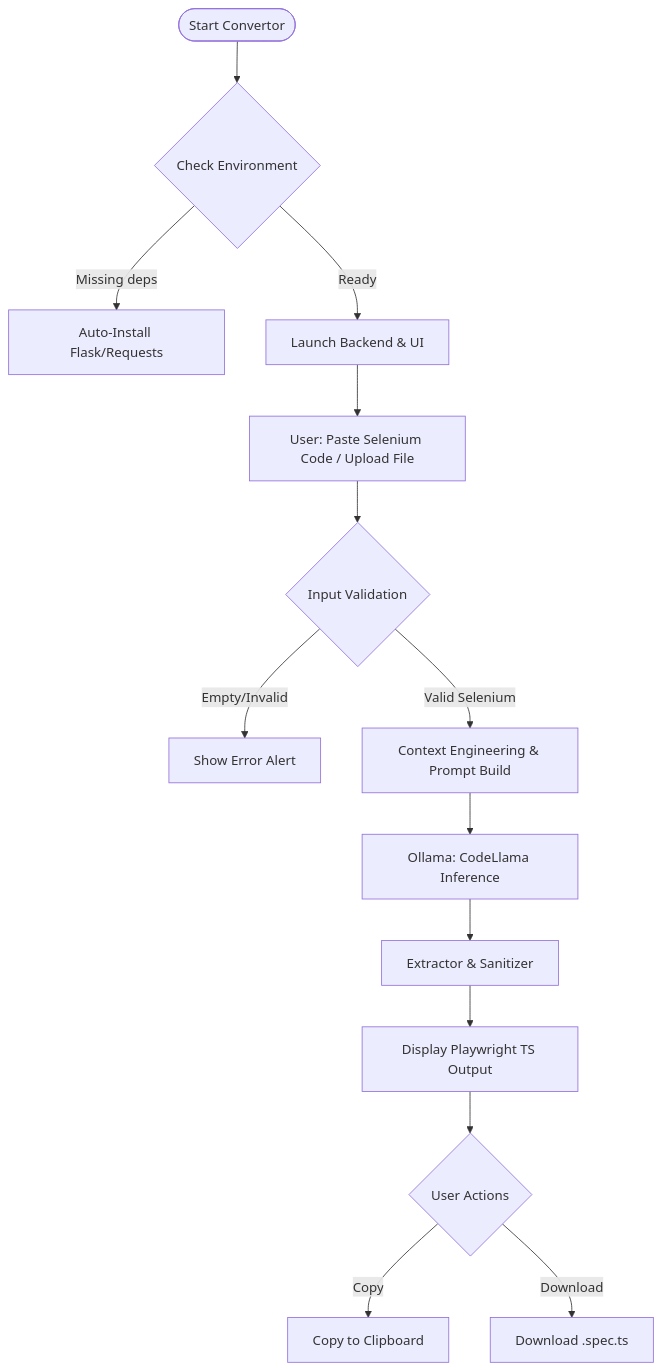
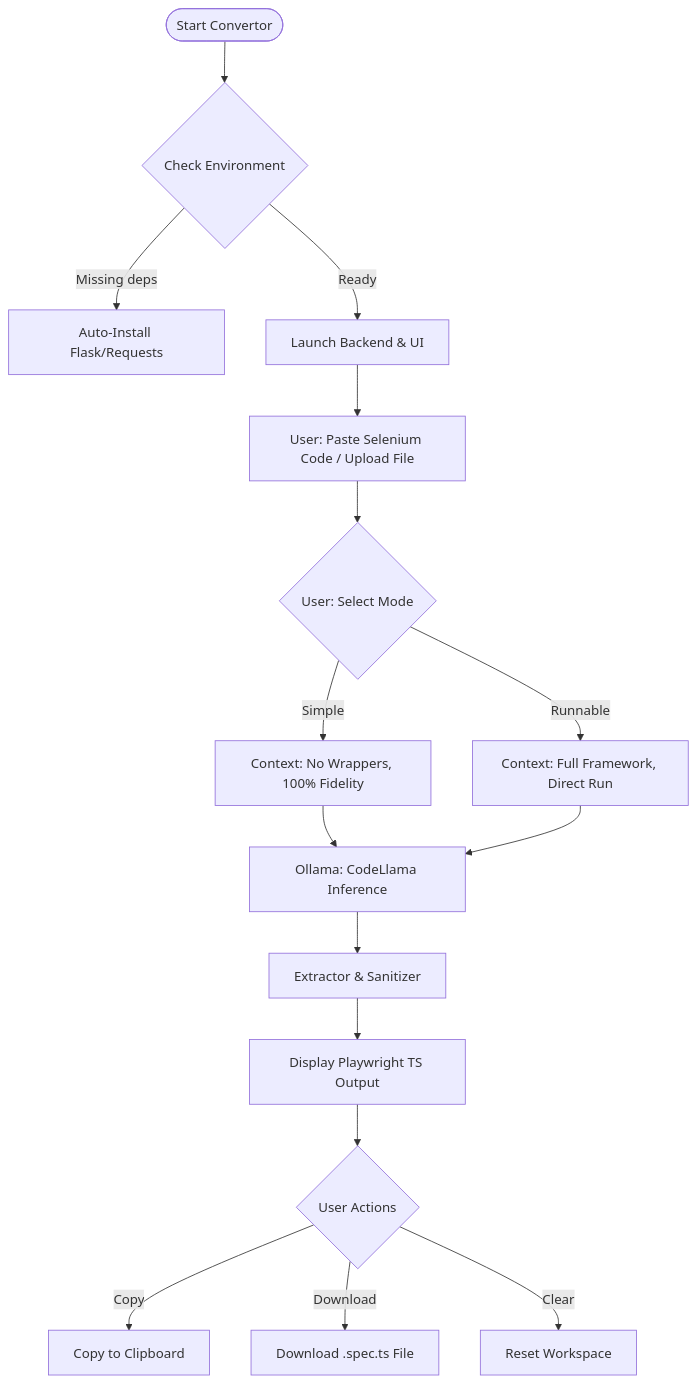
One commit to sakhi-shraddha-sst/AI-Selenium2Playwright-NativeLLM changed the diagram in README.md. Above: the diagram before and after it, drawn with Mermaid. The commit also changed other lines of this file, not shown here.

Commit message:
Update README with dual-mode conversion details and updated mermaid diagram

````diff
--- a/README.md
+++ b/README.md
@@ -13,20 +13,22 @@
 ```mermaid
 flowchart TD
     Start([Start Convertor]) --> Env{Check Environment}
     Env -- Missing deps --> Install[Auto-Install Flask/Requests]
     Env -- Ready --> Serve[Launch Backend & UI]
     
     Serve --> Input[User: Paste Selenium Code / Upload File]
-    Input --> Validate{Input Validation}
+    Input --> ModeSelection{User: Select Mode}
     
-    Validate -- Empty/Invalid --> Error[Show Error Alert]
-    Validate -- Valid Selenium --> Prompt[Context Engineering & Prompt Build]
+    ModeSelection -->|Simple| S_Prompt[Context: No Wrappers, 100% Fidelity]
+    ModeSelection -->|Runnable| R_Prompt[Context: Full Framework, Direct Run]
     
-    Prompt --> Inference[Ollama: CodeLlama Inference]
+    S_Prompt --> Inference[Ollama: CodeLlama Inference]
+    R_Prompt --> Inference
+    
     Inference --> Post[Extractor & Sanitizer]
-    
     Post --> Render[Display Playwright TS Output]
     Render --> Actions{User Actions}
     Actions -->|Copy| Clipboard[Copy to Clipboard]
-    Actions -->|Download| Export[Download .spec.ts]
+    Actions -->|Download| File[Download .spec.ts File]
+    Actions -->|Clear| Reset[Reset Workspace]
 ```
````
